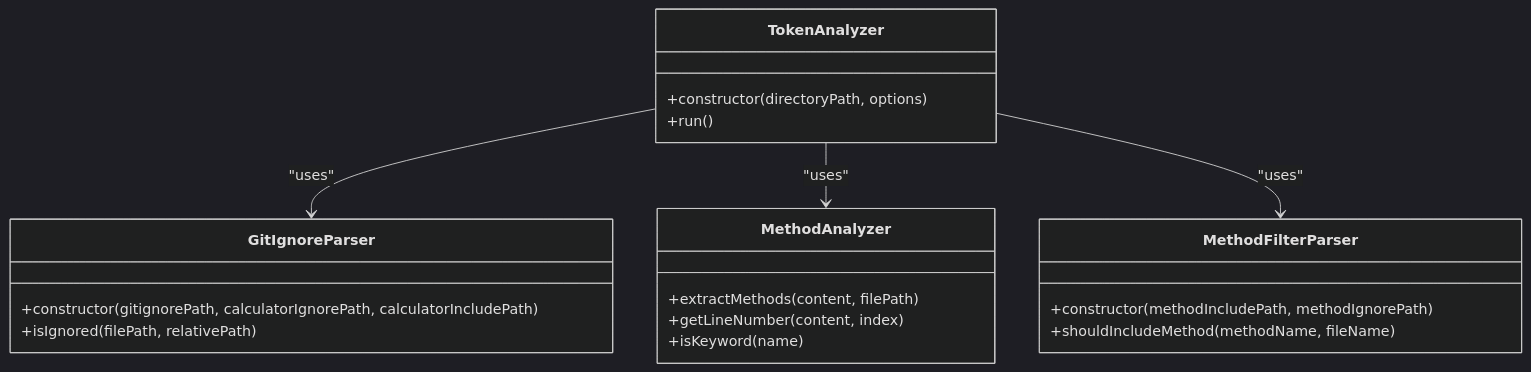
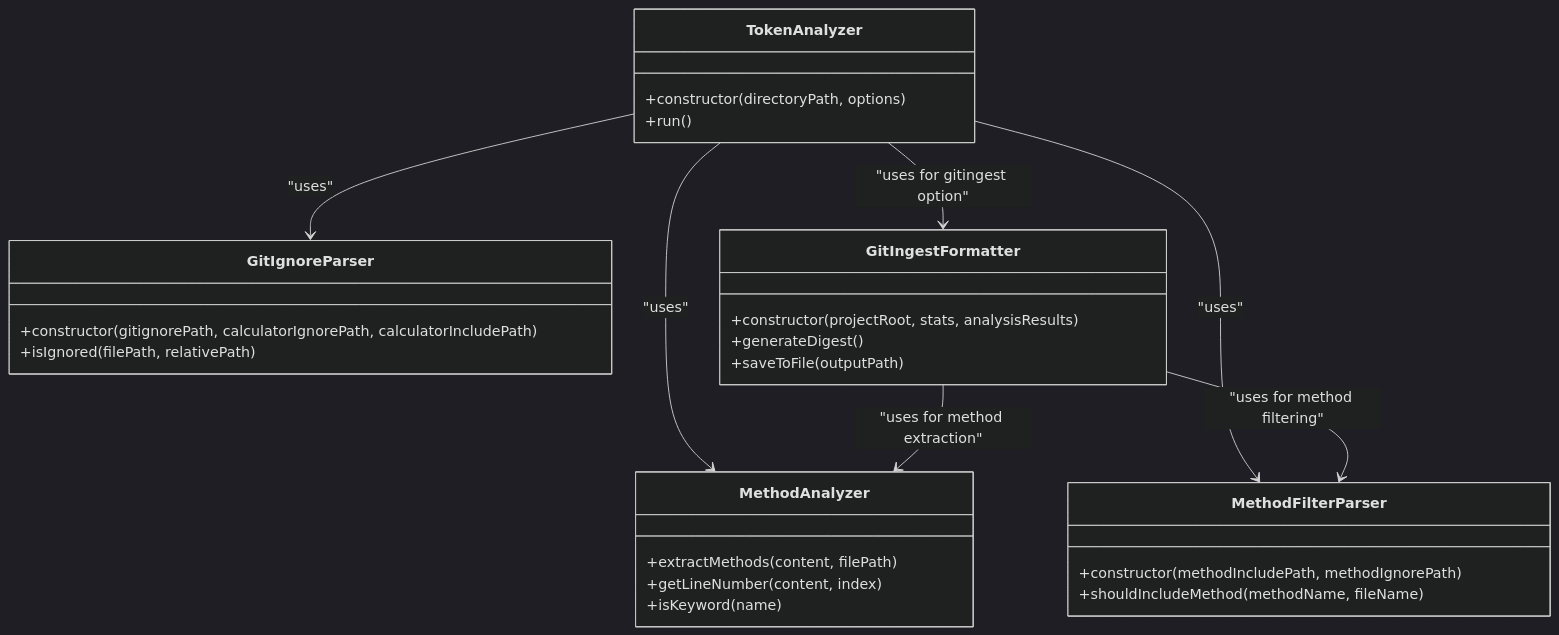
The first of 2 diagrams in docs/content-en/Programmatic API.md (hakkisagdic/context-manager), drawn with Mermaid (dark theme) before and after one commit. The commit also changed other lines of this file and 51 other files, not shown here.

````diff
--- a/docs/content-en/Programmatic API.md
+++ b/docs/content-en/Programmatic API.md
@@ -42,23 +55,31 @@
 ```mermaid
 classDiagram
 class TokenAnalyzer {
 +constructor(directoryPath, options)
 +run()
 }
 class GitIgnoreParser {
 +constructor(gitignorePath, calculatorIgnorePath, calculatorIncludePath)
 +isIgnored(filePath, relativePath)
 }
 class MethodAnalyzer {
 +extractMethods(content, filePath)
 +getLineNumber(content, index)
 +isKeyword(name)
 }
 class MethodFilterParser {
 +constructor(methodIncludePath, methodIgnorePath)
 +shouldIncludeMethod(methodName, fileName)
 }
+class GitIngestFormatter {
++constructor(projectRoot, stats, analysisResults)
++generateDigest()
++saveToFile(outputPath)
+}
 TokenAnalyzer --> GitIgnoreParser : "uses"
 TokenAnalyzer --> MethodAnalyzer : "uses"
 TokenAnalyzer --> MethodFilterParser : "uses"
+TokenAnalyzer --> GitIngestFormatter : "uses for gitingest option"
+GitIngestFormatter --> MethodAnalyzer : "uses for method extraction"
+GitIngestFormatter --> MethodFilterParser : "uses for method filtering"
 ```
````
